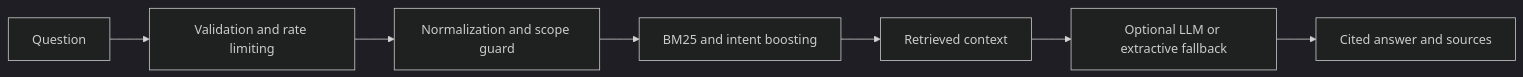
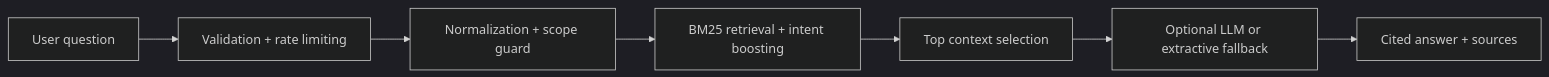
Before and after one commit to AnyalstRushi/careersage-ai: the diagram in README.md, drawn with Mermaid (dark theme). The commit also changed other lines of this file, not shown here.

````diff
--- a/README.md
+++ b/README.md
@@ -23,9 +57,9 @@
 ```mermaid
 flowchart LR
-    A[Question] --> B[Validation and rate limiting]
-    B --> C[Normalization and scope guard]
-    C --> D[BM25 and intent boosting]
-    D --> E[Retrieved context]
+    A[User question] --> B[Validation + rate limiting]
+    B --> C[Normalization + scope guard]
+    C --> D[BM25 retrieval + intent boosting]
+    D --> E[Top context selection]
     E --> F[Optional LLM or extractive fallback]
-    F --> G[Cited answer and sources]
+    F --> G[Cited answer + sources]
 ```
````
